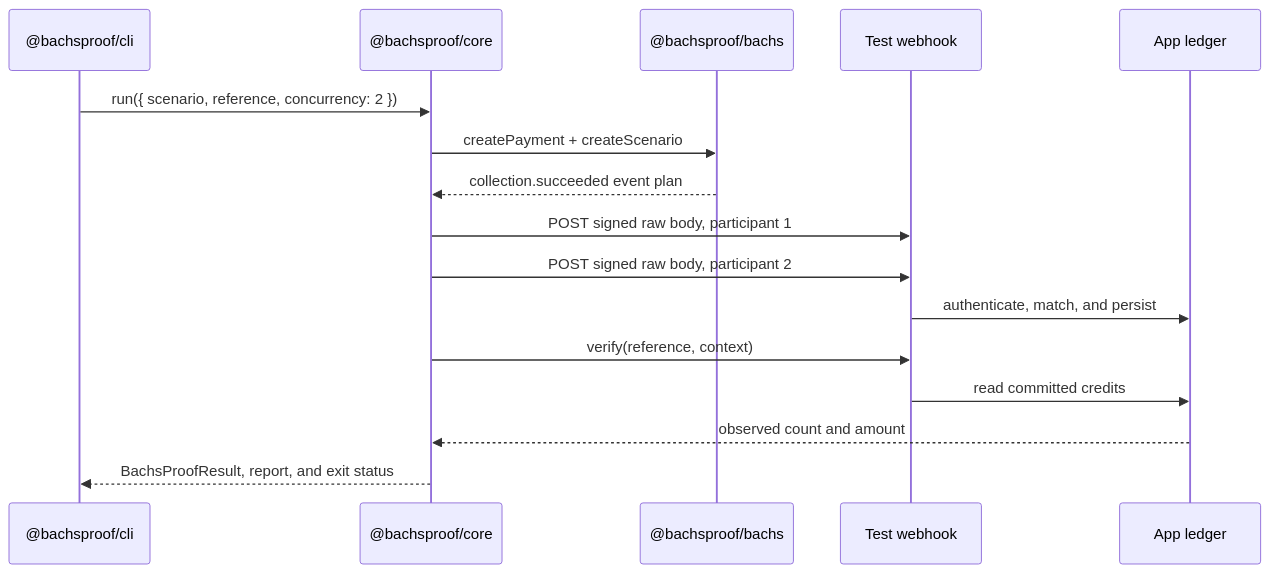
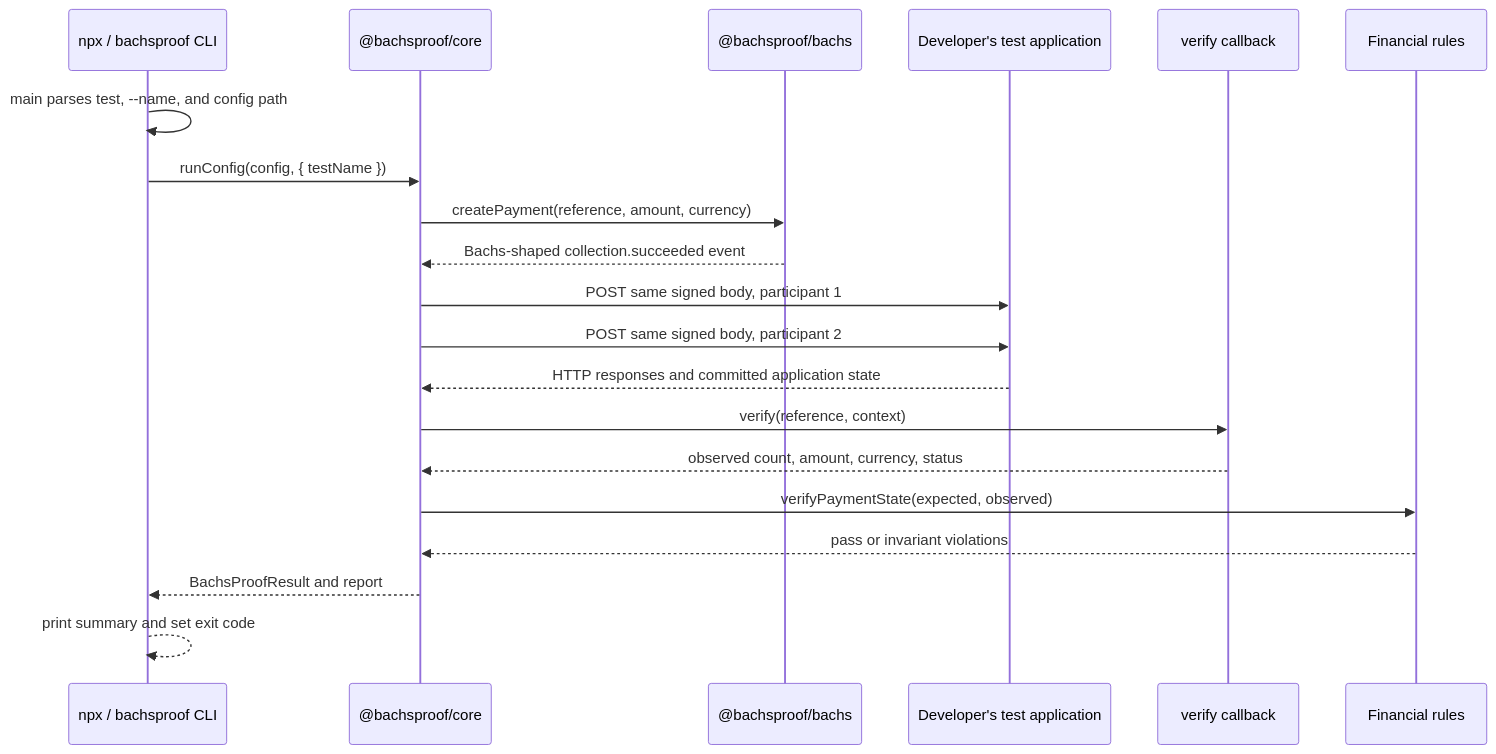
Before and after one commit to therealEmma/BachsProof: the diagram in docs/how-bachsproof-works/execution-lifecycle.mdx, drawn with Mermaid. The commit also changed other lines of this file and 38 other files, not shown here.

````diff
--- a/docs/how-bachsproof-works/execution-lifecycle.mdx
+++ b/docs/how-bachsproof-works/execution-lifecycle.mdx
@@ -9,18 +19,22 @@
 ```mermaid
 sequenceDiagram
-  participant CLI as @bachsproof/cli
+  participant Shell as npx / bachsproof CLI
   participant Core as @bachsproof/core
-  participant Bachs as @bachsproof/bachs
-  participant App as Test webhook
-  participant DB as App ledger
-  CLI->>Core: run({ scenario, reference, concurrency: 2 })
-  Core->>Bachs: createPayment + createScenario
-  Bachs-->>Core: collection.succeeded event plan
-  Core->>App: POST signed raw body, participant 1
-  Core->>App: POST signed raw body, participant 2
-  App->>DB: authenticate, match, and persist
-  Core->>App: verify(reference, context)
-  App->>DB: read committed credits
-  DB-->>Core: observed count and amount
-  Core-->>CLI: BachsProofResult, report, and exit status
+  participant Adapter as @bachsproof/bachs
+  participant App as Developer's test application
+  participant Verify as verify callback
+  participant Rules as Financial rules
+  Shell->>Shell: main parses test, --name, and config path
+  Shell->>Core: runConfig(config, { testName })
+  Core->>Adapter: createPayment(reference, amount, currency)
+  Adapter-->>Core: Bachs-shaped collection.succeeded event
+  Core->>App: POST same signed body, participant 1
+  Core->>App: POST same signed body, participant 2
+  App-->>Core: HTTP responses and committed application state
+  Core->>Verify: verify(reference, context)
+  Verify-->>Core: observed count, amount, currency, status
+  Core->>Rules: verifyPaymentState(expected, observed)
+  Rules-->>Core: pass or invariant violations
+  Core-->>Shell: BachsProofResult and report
+  Shell-->>Shell: print summary and set exit code
 ```
````
